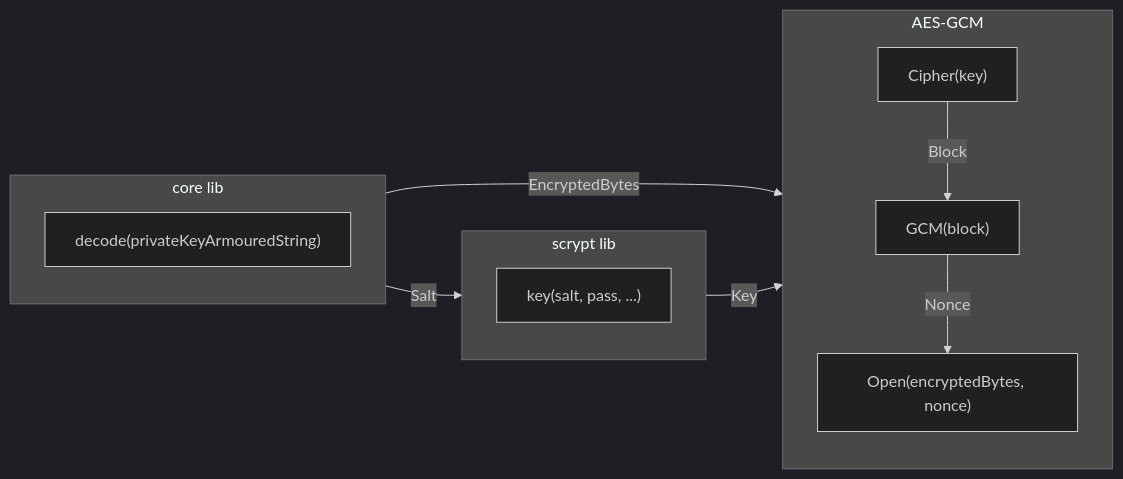
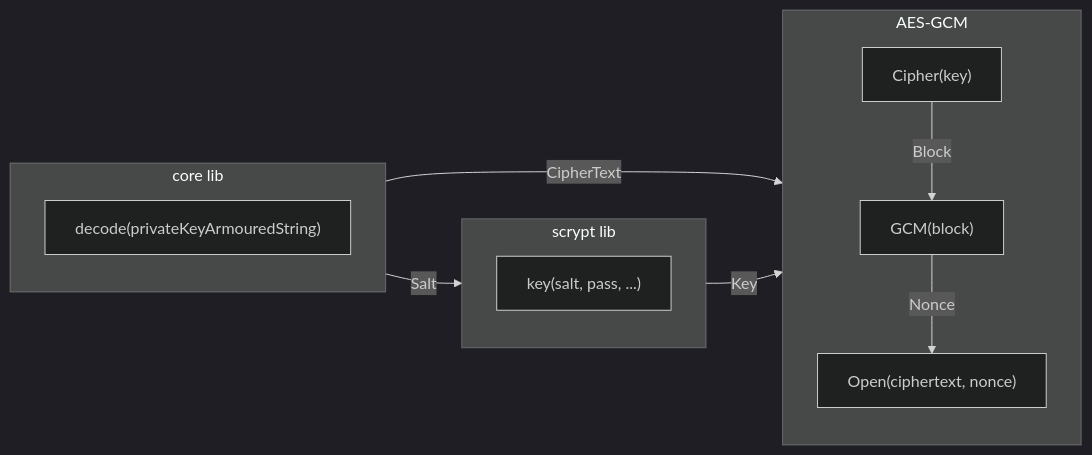
One commit to pokt-network/pocket changed the second of 2 diagrams in app/client/keybase/README.md. Above: the diagram before and after it, drawn with Mermaid (dark theme).

Commit message:
Change EncryptedBytes to CipherText within diagram in README.md

````diff
--- a/app/client/keybase/README.md
+++ b/app/client/keybase/README.md
@@ -121,20 +121,20 @@
 ```mermaid
 flowchart LR
     subgraph C[core lib]
         A["decode(privateKeyArmouredString)"]
     end
     subgraph S[scrypt lib]
         B["key(salt, pass, ...)"]
     end
     subgraph AES-GCM
         direction TB
         D["Cipher(key)"]
         E["GCM(block)"]
-        F["Open(encryptedBytes, nonce)"]
+        F["Open(ciphertext, nonce)"]
         D--Block-->E
         E--Nonce-->F
     end
     C--Salt-->S
-    C--EncryptedBytes-->AES-GCM
+    C--CipherText-->AES-GCM
     S--Key-->AES-GCM
 ```
````
